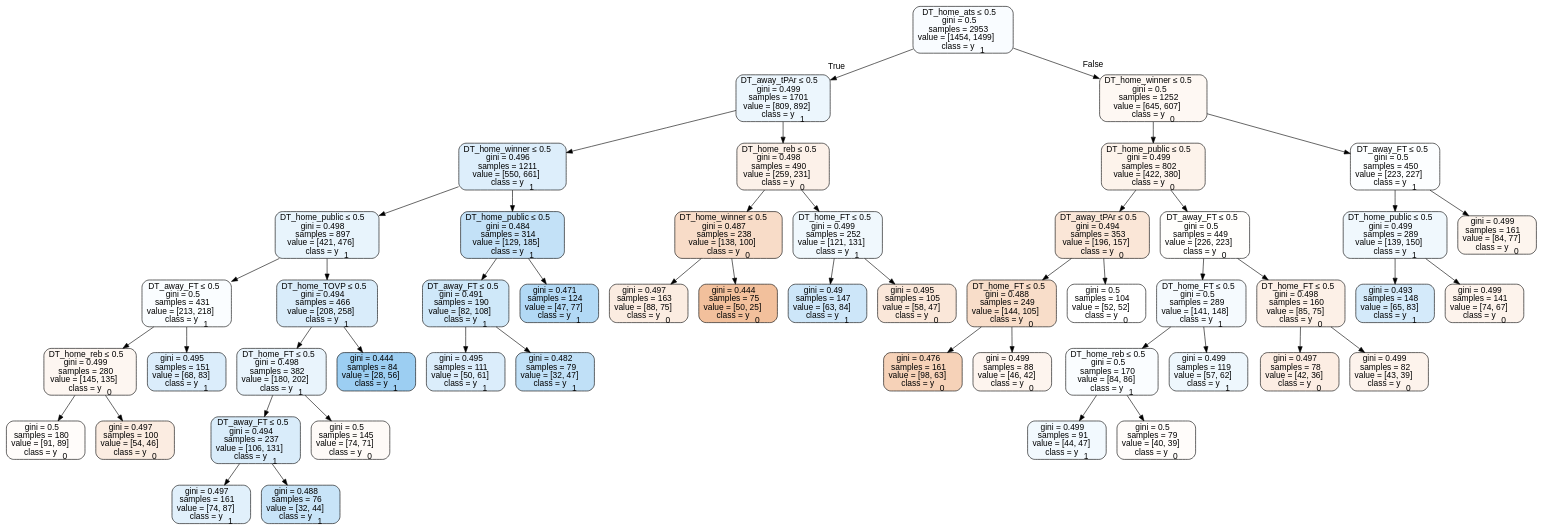
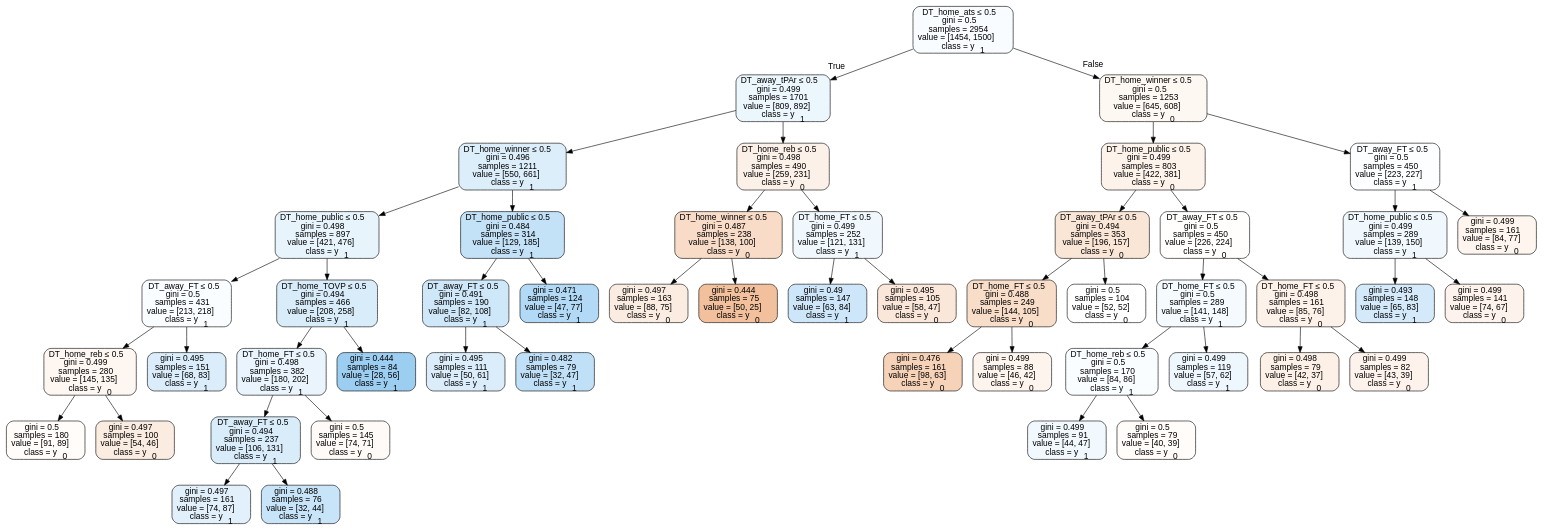
Before and after one commit to usbogie/ncaa-bets: the diagram in Basketball/data/trees/tree2011neutral.dot, drawn with Graphviz. The commit also changed 29 other files, not shown here.

```diff
--- a/Basketball/data/trees/tree2011neutral.dot
+++ b/Basketball/data/trees/tree2011neutral.dot
@@ -1,101 +1,101 @@
 digraph Tree {
 node [shape=box, style="filled, rounded", color="black", fontname=helvetica] ;
 edge [fontname=helvetica] ;
-0 [label=<DT_home_ats &le; 0.5<br/>gini = 0.5<br/>samples = 2953<br/>value = [1454, 1499]<br/>class = y<SUB>1</SUB>>, fillcolor="#399de508"] ;
+0 [label=<DT_home_ats &le; 0.5<br/>gini = 0.5<br/>samples = 2954<br/>value = [1454, 1500]<br/>class = y<SUB>1</SUB>>, fillcolor="#399de508"] ;
 1 [label=<DT_away_tPAr &le; 0.5<br/>gini = 0.499<br/>samples = 1701<br/>value = [809, 892]<br/>class = y<SUB>1</SUB>>, fillcolor="#399de518"] ;
 0 -> 1 [labeldistance=2.5, labelangle=45, headlabel="True"] ;
 2 [label=<DT_home_winner &le; 0.5<br/>gini = 0.496<br/>samples = 1211<br/>value = [550, 661]<br/>class = y<SUB>1</SUB>>, fillcolor="#399de52b"] ;
 1 -> 2 ;
 3 [label=<DT_home_public &le; 0.5<br/>gini = 0.498<br/>samples = 897<br/>value = [421, 476]<br/>class = y<SUB>1</SUB>>, fillcolor="#399de51d"] ;
 2 -> 3 ;
 4 [label=<DT_away_FT &le; 0.5<br/>gini = 0.5<br/>samples = 431<br/>value = [213, 218]<br/>class = y<SUB>1</SUB>>, fillcolor="#399de506"] ;
 3 -> 4 ;
 5 [label=<DT_home_reb &le; 0.5<br/>gini = 0.499<br/>samples = 280<br/>value = [145, 135]<br/>class = y<SUB>0</SUB>>, fillcolor="#e5813912"] ;
 4 -> 5 ;
 6 [label=<gini = 0.5<br/>samples = 180<br/>value = [91, 89]<br/>class = y<SUB>0</SUB>>, fillcolor="#e5813906"] ;
 5 -> 6 ;
 7 [label=<gini = 0.497<br/>samples = 100<br/>value = [54, 46]<br/>class = y<SUB>0</SUB>>, fillcolor="#e5813926"] ;
 5 -> 7 ;
 8 [label=<gini = 0.495<br/>samples = 151<br/>value = [68, 83]<br/>class = y<SUB>1</SUB>>, fillcolor="#399de52e"] ;
 4 -> 8 ;
 9 [label=<DT_home_TOVP &le; 0.5<br/>gini = 0.494<br/>samples = 466<br/>value = [208, 258]<br/>class = y<SUB>1</SUB>>, fillcolor="#399de531"] ;
 3 -> 9 ;
 10 [label=<DT_home_FT &le; 0.5<br/>gini = 0.498<br/>samples = 382<br/>value = [180, 202]<br/>class = y<SUB>1</SUB>>, fillcolor="#399de51c"] ;
 9 -> 10 ;
 11 [label=<DT_away_FT &le; 0.5<br/>gini = 0.494<br/>samples = 237<br/>value = [106, 131]<br/>class = y<SUB>1</SUB>>, fillcolor="#399de531"] ;
 10 -> 11 ;
 12 [label=<gini = 0.497<br/>samples = 161<br/>value = [74, 87]<br/>class = y<SUB>1</SUB>>, fillcolor="#399de526"] ;
 11 -> 12 ;
 13 [label=<gini = 0.488<br/>samples = 76<br/>value = [32, 44]<br/>class = y<SUB>1</SUB>>, fillcolor="#399de546"] ;
 11 -> 13 ;
 14 [label=<gini = 0.5<br/>samples = 145<br/>value = [74, 71]<br/>class = y<SUB>0</SUB>>, fillcolor="#e581390a"] ;
 10 -> 14 ;
 15 [label=<gini = 0.444<br/>samples = 84<br/>value = [28, 56]<br/>class = y<SUB>1</SUB>>, fillcolor="#399de57f"] ;
 9 -> 15 ;
 16 [label=<DT_home_public &le; 0.5<br/>gini = 0.484<br/>samples = 314<br/>value = [129, 185]<br/>class = y<SUB>1</SUB>>, fillcolor="#399de54d"] ;
 2 -> 16 ;
 17 [label=<DT_away_FT &le; 0.5<br/>gini = 0.491<br/>samples = 190<br/>value = [82, 108]<br/>class = y<SUB>1</SUB>>, fillcolor="#399de53d"] ;
 16 -> 17 ;
 18 [label=<gini = 0.495<br/>samples = 111<br/>value = [50, 61]<br/>class = y<SUB>1</SUB>>, fillcolor="#399de52e"] ;
 17 -> 18 ;
 19 [label=<gini = 0.482<br/>samples = 79<br/>value = [32, 47]<br/>class = y<SUB>1</SUB>>, fillcolor="#399de551"] ;
 17 -> 19 ;
 20 [label=<gini = 0.471<br/>samples = 124<br/>value = [47, 77]<br/>class = y<SUB>1</SUB>>, fillcolor="#399de563"] ;
 16 -> 20 ;
 21 [label=<DT_home_reb &le; 0.5<br/>gini = 0.498<br/>samples = 490<br/>value = [259, 231]<br/>class = y<SUB>0</SUB>>, fillcolor="#e581391c"] ;
 1 -> 21 ;
 22 [label=<DT_home_winner &le; 0.5<br/>gini = 0.487<br/>samples = 238<br/>value = [138, 100]<br/>class = y<SUB>0</SUB>>, fillcolor="#e5813946"] ;
 21 -> 22 ;
 23 [label=<gini = 0.497<br/>samples = 163<br/>value = [88, 75]<br/>class = y<SUB>0</SUB>>, fillcolor="#e5813926"] ;
 22 -> 23 ;
 24 [label=<gini = 0.444<br/>samples = 75<br/>value = [50, 25]<br/>class = y<SUB>0</SUB>>, fillcolor="#e581397f"] ;
 22 -> 24 ;
 25 [label=<DT_home_FT &le; 0.5<br/>gini = 0.499<br/>samples = 252<br/>value = [121, 131]<br/>class = y<SUB>1</SUB>>, fillcolor="#399de513"] ;
 21 -> 25 ;
 26 [label=<gini = 0.49<br/>samples = 147<br/>value = [63, 84]<br/>class = y<SUB>1</SUB>>, fillcolor="#399de540"] ;
 25 -> 26 ;
 27 [label=<gini = 0.495<br/>samples = 105<br/>value = [58, 47]<br/>class = y<SUB>0</SUB>>, fillcolor="#e5813930"] ;
 25 -> 27 ;
-28 [label=<DT_home_winner &le; 0.5<br/>gini = 0.5<br/>samples = 1252<br/>value = [645, 607]<br/>class = y<SUB>0</SUB>>, fillcolor="#e581390f"] ;
+28 [label=<DT_home_winner &le; 0.5<br/>gini = 0.5<br/>samples = 1253<br/>value = [645, 608]<br/>class = y<SUB>0</SUB>>, fillcolor="#e581390f"] ;
 0 -> 28 [labeldistance=2.5, labelangle=-45, headlabel="False"] ;
-29 [label=<DT_home_public &le; 0.5<br/>gini = 0.499<br/>samples = 802<br/>value = [422, 380]<br/>class = y<SUB>0</SUB>>, fillcolor="#e5813919"] ;
+29 [label=<DT_home_public &le; 0.5<br/>gini = 0.499<br/>samples = 803<br/>value = [422, 381]<br/>class = y<SUB>0</SUB>>, fillcolor="#e5813919"] ;
 28 -> 29 ;
 30 [label=<DT_away_tPAr &le; 0.5<br/>gini = 0.494<br/>samples = 353<br/>value = [196, 157]<br/>class = y<SUB>0</SUB>>, fillcolor="#e5813933"] ;
 29 -> 30 ;
 31 [label=<DT_home_FT &le; 0.5<br/>gini = 0.488<br/>samples = 249<br/>value = [144, 105]<br/>class = y<SUB>0</SUB>>, fillcolor="#e5813945"] ;
 30 -> 31 ;
 32 [label=<gini = 0.476<br/>samples = 161<br/>value = [98, 63]<br/>class = y<SUB>0</SUB>>, fillcolor="#e581395b"] ;
 31 -> 32 ;
 33 [label=<gini = 0.499<br/>samples = 88<br/>value = [46, 42]<br/>class = y<SUB>0</SUB>>, fillcolor="#e5813916"] ;
 31 -> 33 ;
 34 [label=<gini = 0.5<br/>samples = 104<br/>value = [52, 52]<br/>class = y<SUB>0</SUB>>, fillcolor="#e5813900"] ;
 30 -> 34 ;
-35 [label=<DT_away_FT &le; 0.5<br/>gini = 0.5<br/>samples = 449<br/>value = [226, 223]<br/>class = y<SUB>0</SUB>>, fillcolor="#e5813903"] ;
+35 [label=<DT_away_FT &le; 0.5<br/>gini = 0.5<br/>samples = 450<br/>value = [226, 224]<br/>class = y<SUB>0</SUB>>, fillcolor="#e5813902"] ;
 29 -> 35 ;
 36 [label=<DT_home_FT &le; 0.5<br/>gini = 0.5<br/>samples = 289<br/>value = [141, 148]<br/>class = y<SUB>1</SUB>>, fillcolor="#399de50c"] ;
 35 -> 36 ;
 37 [label=<DT_home_reb &le; 0.5<br/>gini = 0.5<br/>samples = 170<br/>value = [84, 86]<br/>class = y<SUB>1</SUB>>, fillcolor="#399de506"] ;
 36 -> 37 ;
 38 [label=<gini = 0.499<br/>samples = 91<br/>value = [44, 47]<br/>class = y<SUB>1</SUB>>, fillcolor="#399de510"] ;
 37 -> 38 ;
 39 [label=<gini = 0.5<br/>samples = 79<br/>value = [40, 39]<br/>class = y<SUB>0</SUB>>, fillcolor="#e5813906"] ;
 37 -> 39 ;
 40 [label=<gini = 0.499<br/>samples = 119<br/>value = [57, 62]<br/>class = y<SUB>1</SUB>>, fillcolor="#399de515"] ;
 36 -> 40 ;
-41 [label=<DT_home_FT &le; 0.5<br/>gini = 0.498<br/>samples = 160<br/>value = [85, 75]<br/>class = y<SUB>0</SUB>>, fillcolor="#e581391e"] ;
+41 [label=<DT_home_FT &le; 0.5<br/>gini = 0.498<br/>samples = 161<br/>value = [85, 76]<br/>class = y<SUB>0</SUB>>, fillcolor="#e581391b"] ;
 35 -> 41 ;
-42 [label=<gini = 0.497<br/>samples = 78<br/>value = [42, 36]<br/>class = y<SUB>0</SUB>>, fillcolor="#e5813924"] ;
+42 [label=<gini = 0.498<br/>samples = 79<br/>value = [42, 37]<br/>class = y<SUB>0</SUB>>, fillcolor="#e581391e"] ;
 41 -> 42 ;
 43 [label=<gini = 0.499<br/>samples = 82<br/>value = [43, 39]<br/>class = y<SUB>0</SUB>>, fillcolor="#e5813918"] ;
 41 -> 43 ;
 44 [label=<DT_away_FT &le; 0.5<br/>gini = 0.5<br/>samples = 450<br/>value = [223, 227]<br/>class = y<SUB>1</SUB>>, fillcolor="#399de504"] ;
 28 -> 44 ;
 45 [label=<DT_home_public &le; 0.5<br/>gini = 0.499<br/>samples = 289<br/>value = [139, 150]<br/>class = y<SUB>1</SUB>>, fillcolor="#399de513"] ;
 44 -> 45 ;
 46 [label=<gini = 0.493<br/>samples = 148<br/>value = [65, 83]<br/>class = y<SUB>1</SUB>>, fillcolor="#399de537"] ;
 45 -> 46 ;
 47 [label=<gini = 0.499<br/>samples = 141<br/>value = [74, 67]<br/>class = y<SUB>0</SUB>>, fillcolor="#e5813918"] ;
 45 -> 47 ;
 48 [label=<gini = 0.499<br/>samples = 161<br/>value = [84, 77]<br/>class = y<SUB>0</SUB>>, fillcolor="#e5813915"] ;
 44 -> 48 ;
 }
```
